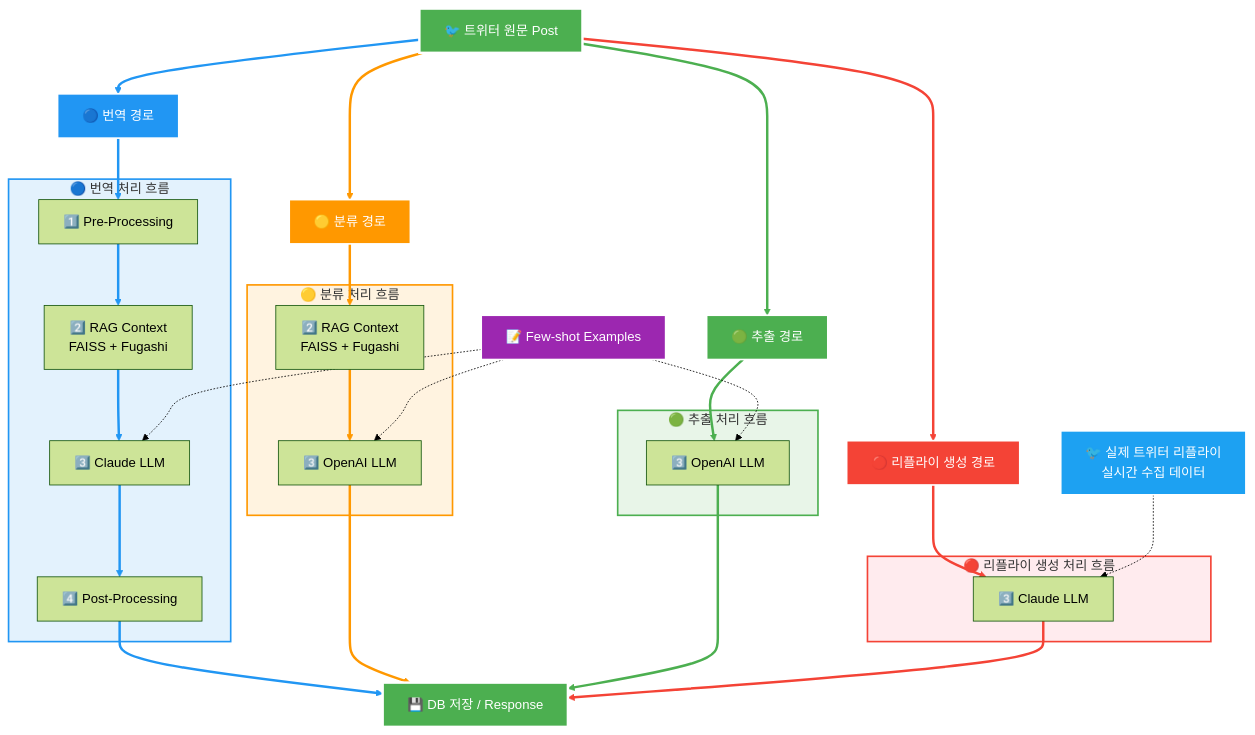
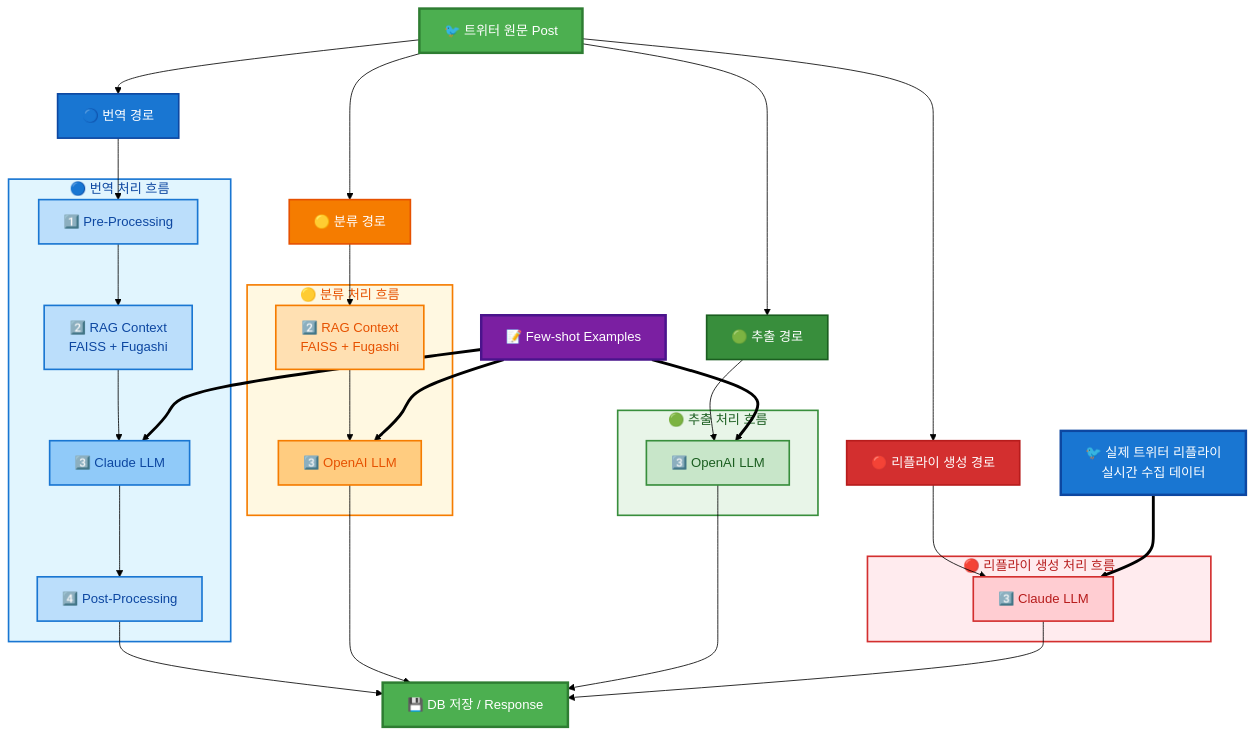
Before and after one commit to Oshinavi/.github: the third of 5 diagrams in profile/README.md, drawn with Mermaid (forest theme).

````diff
--- a/profile/README.md
+++ b/profile/README.md
@@ -178,48 +178,42 @@
     ReplyPath --> ReplyLLM
     ReplyLLM --> Output
     
-    %% Few-shot 연결
-    FewShot -.-> TranslationLLM
-    FewShot -.-> ClassificationLLM
-    FewShot -.-> ScheduleLLM
-    TwitterReplies -.-> ReplyLLM
+    %% Few-shot 연결 (더 굵고 명확한 점선)
+    FewShot ==> TranslationLLM
+    FewShot ==> ClassificationLLM
+    FewShot ==> ScheduleLLM
+    TwitterReplies ==> ReplyLLM
     
-    %% 스타일링
-    style Input fill:#4CAF50,stroke:#fff,stroke-width:3px,color:#fff
-    style Output fill:#4CAF50,stroke:#fff,stroke-width:3px,color:#fff
+    %% 스타일링 - 입출력
+    style Input fill:#4CAF50,stroke:#2E7D32,stroke-width:3px,color:#fff
+    style Output fill:#4CAF50,stroke:#2E7D32,stroke-width:3px,color:#fff
     
-    style TranslationPath fill:#2196F3,stroke:#fff,stroke-width:2px,color:#fff
-    style ClassificationPath fill:#FF9800,stroke:#fff,stroke-width:2px,color:#fff
-    style SchedulePath fill:#4CAF50,stroke:#fff,stroke-width:2px,color:#fff
-    style ReplyPath fill:#F44336,stroke:#fff,stroke-width:2px,color:#fff
+    %% 경로별 색상 (텍스트 가독성 개선)
+    style TranslationPath fill:#1976D2,stroke:#0D47A1,stroke-width:2px,color:#fff
+    style ClassificationPath fill:#F57C00,stroke:#E65100,stroke-width:2px,color:#fff
+    style SchedulePath fill:#388E3C,stroke:#1B5E20,stroke-width:2px,color:#fff
+    style ReplyPath fill:#D32F2F,stroke:#B71C1C,stroke-width:2px,color:#fff
     
-    style TranslationFlow fill:#E3F2FD,stroke:#2196F3,stroke-width:2px
-    style ClassificationFlow fill:#FFF3E0,stroke:#FF9800,stroke-width:2px
-    style ScheduleFlow fill:#E8F5E8,stroke:#4CAF50,stroke-width:2px
-    style ReplyFlow fill:#FFEBEE,stroke:#F44336,stroke-width:2px
+    %% 서브그래프 배경 (더 밝게, 텍스트 대비 향상)
+    style TranslationFlow fill:#E1F5FE,stroke:#1976D2,stroke-width:2px,color:#0D47A1
+    style ClassificationFlow fill:#FFF8E1,stroke:#F57C00,stroke-width:2px,color:#E65100
+    style ScheduleFlow fill:#E8F5E8,stroke:#388E3C,stroke-width:2px,color:#1B5E20
+    style ReplyFlow fill:#FFEBEE,stroke:#D32F2F,stroke-width:2px,color:#B71C1C
     
-    style FewShot fill:#9C27B0,stroke:#fff,stroke-width:2px,color:#fff
-    style TwitterReplies fill:#1DA1F2,stroke:#fff,stroke-width:2px,color:#fff
+    %% 개별 노드 스타일링 (가독성 향상)
+    style PreProcess fill:#BBDEFB,stroke:#1976D2,stroke-width:2px,color:#0D47A1
+    style TranslationRAG fill:#BBDEFB,stroke:#1976D2,stroke-width:2px,color:#0D47A1
+    style TranslationLLM fill:#90CAF9,stroke:#1976D2,stroke-width:2px,color:#0D47A1
+    style PostProcess fill:#BBDEFB,stroke:#1976D2,stroke-width:2px,color:#0D47A1
     
-    %% 링크 색상
-    linkStyle 0 stroke:#2196F3,stroke-width:3px
-    linkStyle 1 stroke:#FF9800,stroke-width:3px
-    linkStyle 2 stroke:#4CAF50,stroke-width:3px
-    linkStyle 3 stroke:#F44336,stroke-width:3px
+    style ClassificationRAG fill:#FFE0B2,stroke:#F57C00,stroke-width:2px,color:#E65100
+    style ClassificationLLM fill:#FFCC80,stroke:#F57C00,stroke-width:2px,color:#E65100
     
-    linkStyle 4 stroke:#2196F3,stroke-width:3px
-    linkStyle 5 stroke:#2196F3,stroke-width:3px
-    linkStyle 6 stroke:#2196F3,stroke-width:3px
-    linkStyle 7 stroke:#2196F3,stroke-width:3px
-    linkStyle 8 stroke:#2196F3,stroke-width:3px
+    style ScheduleLLM fill:#C8E6C9,stroke:#388E3C,stroke-width:2px,color:#1B5E20
     
-    linkStyle 9 stroke:#FF9800,stroke-width:3px
-    linkStyle 10 stroke:#FF9800,stroke-width:3px
-    linkStyle 11 stroke:#FF9800,stroke-width:3px
+    style ReplyLLM fill:#FFCDD2,stroke:#D32F2F,stroke-width:2px,color:#B71C1C
     
-    linkStyle 12 stroke:#4CAF50,stroke-width:3px
-    linkStyle 13 stroke:#4CAF50,stroke-width:3px
-    
-    linkStyle 14 stroke:#F44336,stroke-width:3px
-    linkStyle 15 stroke:#F44336,stroke-width:3px
+    %% Few-shot 스타일링 (더 강조)
+    style FewShot fill:#7B1FA2,stroke:#4A148C,stroke-width:3px,color:#fff
+    style TwitterReplies fill:#1976D2,stroke:#0D47A1,stroke-width:3px,color:#fff
 ```
````
